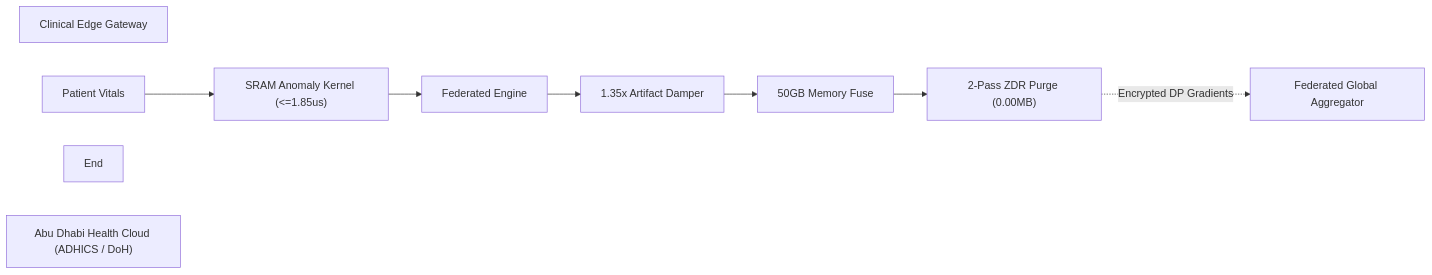
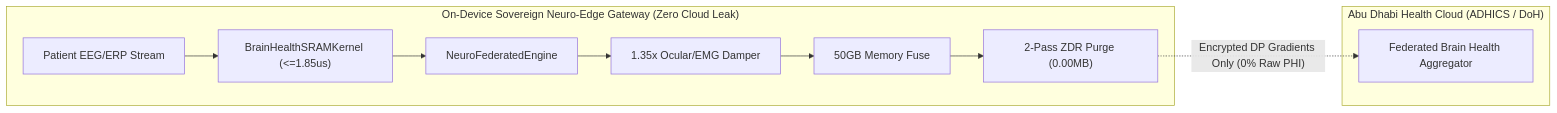
One commit to jackhu24-ship-it/phantom-grid-abudhabi-future-health changed the fourth of 4 diagrams in README.md. Above: the diagram before and after it, drawn with Mermaid. The commit also changed other lines of this file and 32 other files, not shown here.

Commit message:
feat(neuro-edge): realign scope to early brain health MCI detection, privacy-preserving edge & live prototype

````diff
--- a/README.md
+++ b/README.md
@@ -68,13 +73,13 @@
 ```mermaid
 graph LR
-    SubGraph_Edge["Clinical Edge Gateway"]
-        Patient["Patient Vitals"] --> Kernel["SRAM Anomaly Kernel (<=1.85us)"]
-        Kernel --> Engine["Federated Engine"]
-        Engine --> Damping["1.35x Artifact Damper"]
+    subgraph Edge["On-Device Sovereign Neuro-Edge Gateway (Zero Cloud Leak)"]
+        Patient["Patient EEG/ERP Stream"] --> Kernel["BrainHealthSRAMKernel (<=1.85us)"]
+        Kernel --> Engine["NeuroFederatedEngine"]
+        Engine --> Damping["1.35x Ocular/EMG Damper"]
         Damping --> MemoryGuard["50GB Memory Fuse"]
         MemoryGuard --> Purge["2-Pass ZDR Purge (0.00MB)"]
-    End
-    SubGraph_Cloud["Abu Dhabi Health Cloud (ADHICS / DoH)"]
-        Purge -. "Encrypted DP Gradients" .-> Aggregator["Federated Global Aggregator"]
-    End
+    end
+    subgraph Cloud["Abu Dhabi Health Cloud (ADHICS / DoH)"]
+        Purge -. "Encrypted DP Gradients Only (0% Raw PHI)" .-> Aggregator["Federated Brain Health Aggregator"]
+    end
 ```
````
